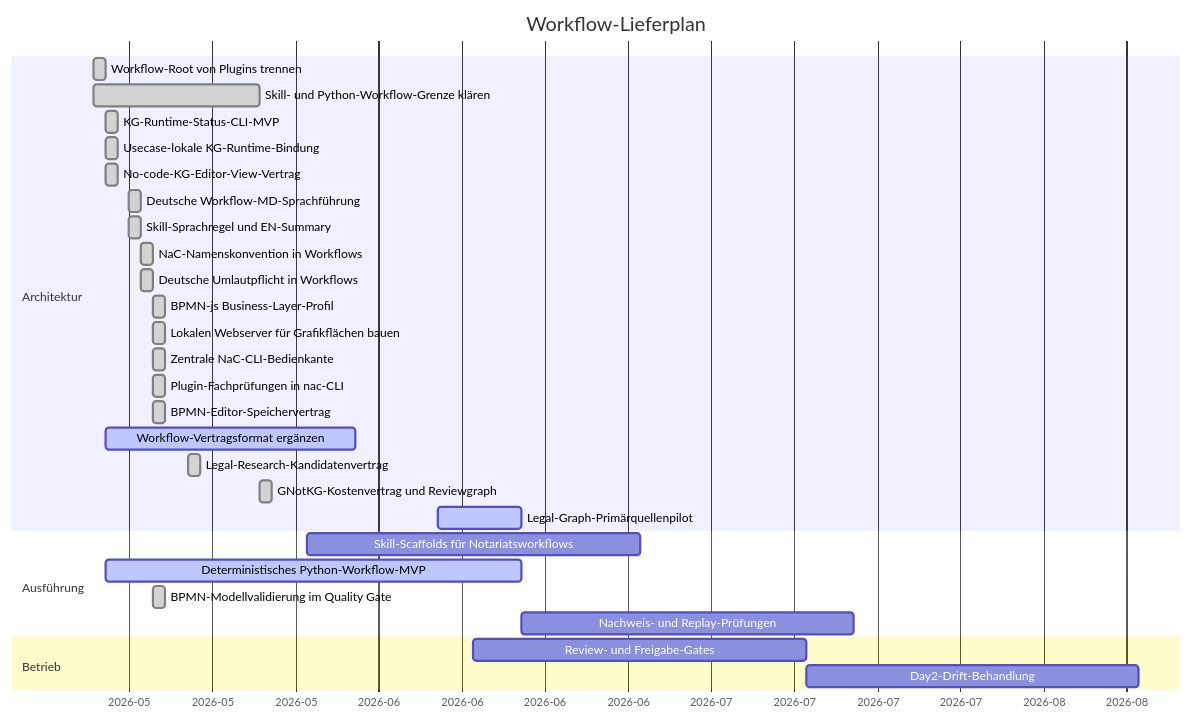
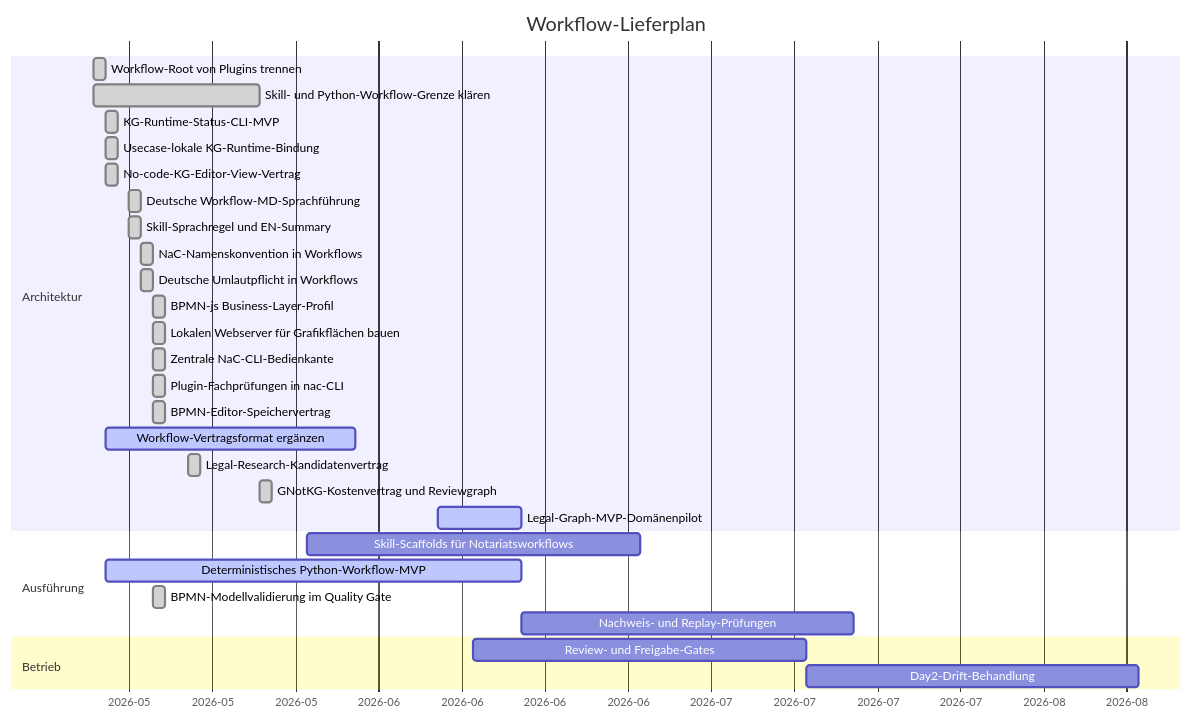
The diagram in workflows/GANTT.md (notariat8/NaC), drawn with Mermaid before and after one commit. The commit also changed other lines of this file, not shown here.

Commit message:
Update workflow gantt legal graph status (#119)

````diff
--- a/workflows/GANTT.md
+++ b/workflows/GANTT.md
@@ -5,36 +5,36 @@
 ```mermaid
 gantt
     title Workflow-Lieferplan
     dateFormat  YYYY-MM-DD
     axisFormat  %Y-%m
 
     section Architektur
     Workflow-Root von Plugins trennen          :done,   w1, 2026-05-14, 1d
     Skill- und Python-Workflow-Grenze klären  :done,   w2, 2026-05-14, 14d
     KG-Runtime-Status-CLI-MVP                  :done,   w3, 2026-05-15, 1d
     Usecase-lokale KG-Runtime-Bindung          :done,   w3a, 2026-05-15, 1d
     No-code-KG-Editor-View-Vertrag             :done,   w4a, 2026-05-15, 1d
     Deutsche Workflow-MD-Sprachführung        :done,   w4b, 2026-05-17, 1d
     Skill-Sprachregel und EN-Summary            :done,   w4c, 2026-05-17, 1d
     NaC-Namenskonvention in Workflows           :done,   w4d, 2026-05-18, 1d
     Deutsche Umlautpflicht in Workflows         :done,   w4e, 2026-05-18, 1d
     BPMN-js Business-Layer-Profil               :done,   w4f, 2026-05-19, 1d
     Lokalen Webserver für Grafikflächen bauen  :done,   w4g, 2026-05-19, 1d
     Zentrale NaC-CLI-Bedienkante                :done,   w4h, 2026-05-19, 1d
     Plugin-Fachprüfungen in nac-CLI             :done,   w4i, 2026-05-19, 1d
     BPMN-Editor-Speichervertrag                 :done,   w4j, 2026-05-19, 1d
     Workflow-Vertragsformat ergänzen          :active, w4, 2026-05-15, 21d
     Legal-Research-Kandidatenvertrag           :done,   w4k, 2026-05-22, 1d
     GNotKG-Kostenvertrag und Reviewgraph        :done,   w4l, 2026-05-28, 1d
-    Legal-Graph-Primärquellenpilot             :active, w4m, 2026-06-12, 7d
+    Legal-Graph-MVP-Domänenpilot              :active, w4m, 2026-06-12, 7d
 
     section Ausführung
     Skill-Scaffolds für Notariatsworkflows    :        w5, 2026-06-01, 28d
     Deterministisches Python-Workflow-MVP      :active, w6, 2026-05-15, 35d
     BPMN-Modellvalidierung im Quality Gate      :done,   w6a, 2026-05-19, 1d
     Nachweis- und Replay-Prüfungen            :        w7, after w6, 28d
 
     section Betrieb
     Review- und Freigabe-Gates                 :        w8, 2026-06-15, 28d
     Day2-Drift-Behandlung                      :        w9, after w8, 28d
 ```
````
